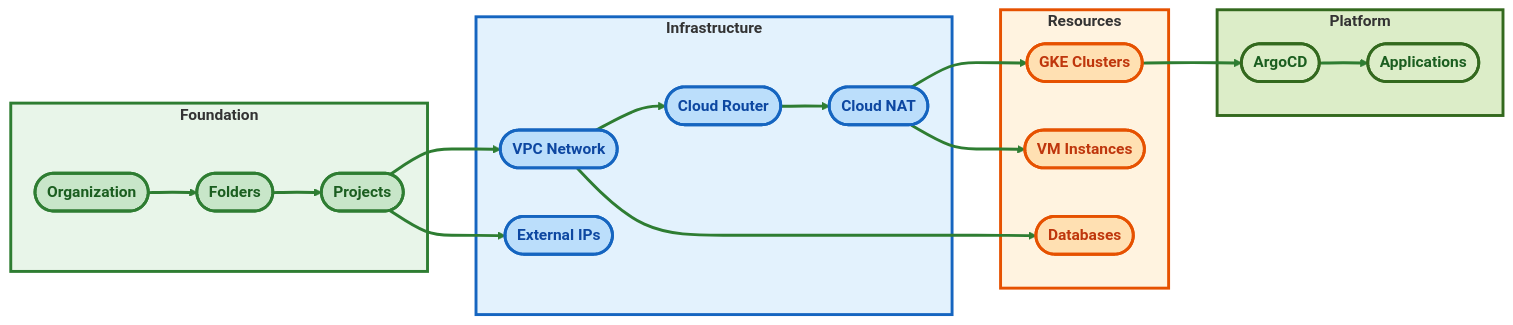
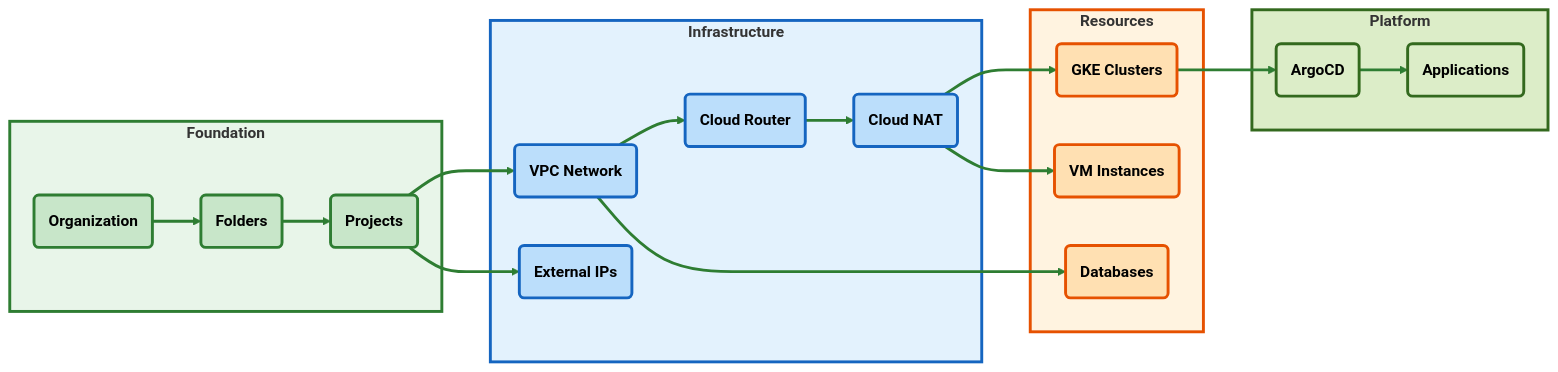
The fifth of 7 diagrams in docs/ARCHITECTURE_DIAGRAM.md (spolspol/terragrunt-gcp-org-automation), drawn with Mermaid (forest theme) before and after one commit. The commit also changed other lines of this file, not shown here.

Commit message:
Improves architecture diagram readability

````diff
--- a/docs/ARCHITECTURE_DIAGRAM.md
+++ b/docs/ARCHITECTURE_DIAGRAM.md
@@ -383,53 +383,53 @@
 ```mermaid
 graph LR
     subgraph Foundation["<b>Foundation</b>"]
-        ORG(["<b>Organization</b>"])
-        FOLDER(["<b>Folders</b>"])
-        PROJECT(["<b>Projects</b>"])
+        ORG("<b>Organization</b>")
+        FOLDER("<b>Folders</b>")
+        PROJECT("<b>Projects</b>")
         ORG ==> FOLDER ==> PROJECT
     end
 
     subgraph Infrastructure["<b>Infrastructure</b>"]
-        VPC_NET(["<b>VPC Network</b>"])
-        EXT_IP(["<b>External IPs</b>"])
-        ROUTER(["<b>Cloud Router</b>"])
-        NAT(["<b>Cloud NAT</b>"])
+        VPC_NET("<b>VPC Network</b>")
+        EXT_IP("<b>External IPs</b>")
+        ROUTER("<b>Cloud Router</b>")
+        NAT("<b>Cloud NAT</b>")
         PROJECT ==> VPC_NET
         VPC_NET ==> ROUTER
         ROUTER ==> NAT
         PROJECT ==> EXT_IP
     end
 
     subgraph Resources["<b>Resources</b>"]
-        GKE_RES(["<b>GKE Clusters</b>"])
-        VM_RES(["<b>VM Instances</b>"])
-        DB_RES(["<b>Databases</b>"])
+        GKE_RES("<b>GKE Clusters</b>")
+        VM_RES("<b>VM Instances</b>")
+        DB_RES("<b>Databases</b>")
         NAT ==> GKE_RES
         NAT ==> VM_RES
         VPC_NET ==> DB_RES
     end
 
     subgraph Platform["<b>Platform</b>"]
-        ARGOCD(["<b>ArgoCD</b>"])
-        APPS(["<b>Applications</b>"])
+        ARGOCD("<b>ArgoCD</b>")
+        APPS("<b>Applications</b>")
         GKE_RES ==> ARGOCD
         ARGOCD ==> APPS
     end
 
-    classDef found fill:#c8e6c9,stroke:#2e7d32,stroke-width:3px,font-weight:bold,color:#1b5e20
-    classDef infra fill:#bbdefb,stroke:#1565c0,stroke-width:3px,font-weight:bold,color:#0d47a1
-    classDef res fill:#ffe0b2,stroke:#e65100,stroke-width:3px,font-weight:bold,color:#bf360c
-    classDef plat fill:#dcedc8,stroke:#33691e,stroke-width:3px,font-weight:bold,color:#1b5e20
+    classDef found fill:#c8e6c9,stroke:#2e7d32,stroke-width:3px,font-weight:bold,color:#000
+    classDef infra fill:#bbdefb,stroke:#1565c0,stroke-width:3px,font-weight:bold,color:#000
+    classDef res fill:#ffe0b2,stroke:#e65100,stroke-width:3px,font-weight:bold,color:#000
+    classDef plat fill:#dcedc8,stroke:#33691e,stroke-width:3px,font-weight:bold,color:#000
 
     class ORG,FOLDER,PROJECT found
     class VPC_NET,EXT_IP,ROUTER,NAT infra
     class GKE_RES,VM_RES,DB_RES res
     class ARGOCD,APPS plat
 
     linkStyle default stroke:#2e7d32,stroke-width:3px
 
     style Foundation fill:#e8f5e9,stroke:#2e7d32,stroke-width:3px
     style Infrastructure fill:#e3f2fd,stroke:#1565c0,stroke-width:3px
     style Resources fill:#fff3e0,stroke:#e65100,stroke-width:3px
     style Platform fill:#dcedc8,stroke:#33691e,stroke-width:3px
 ```
````
